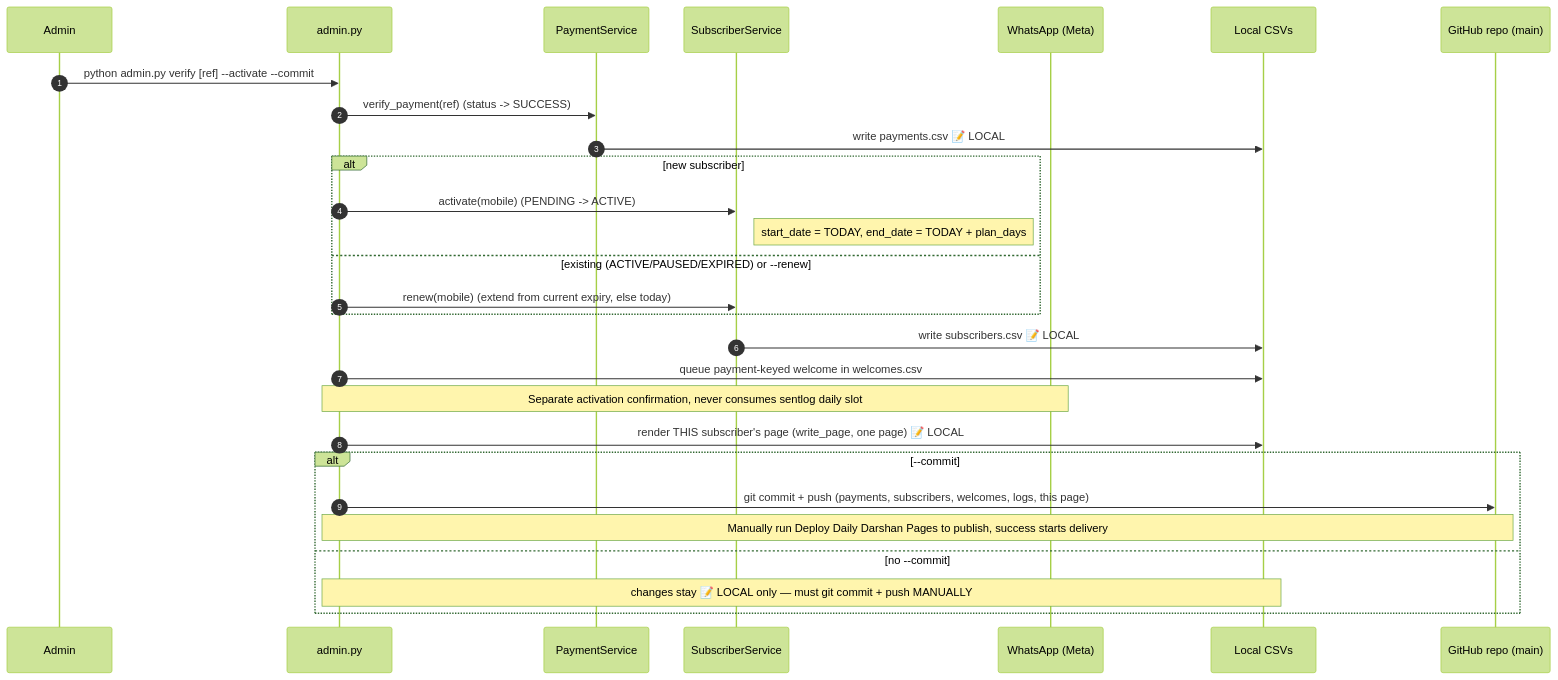
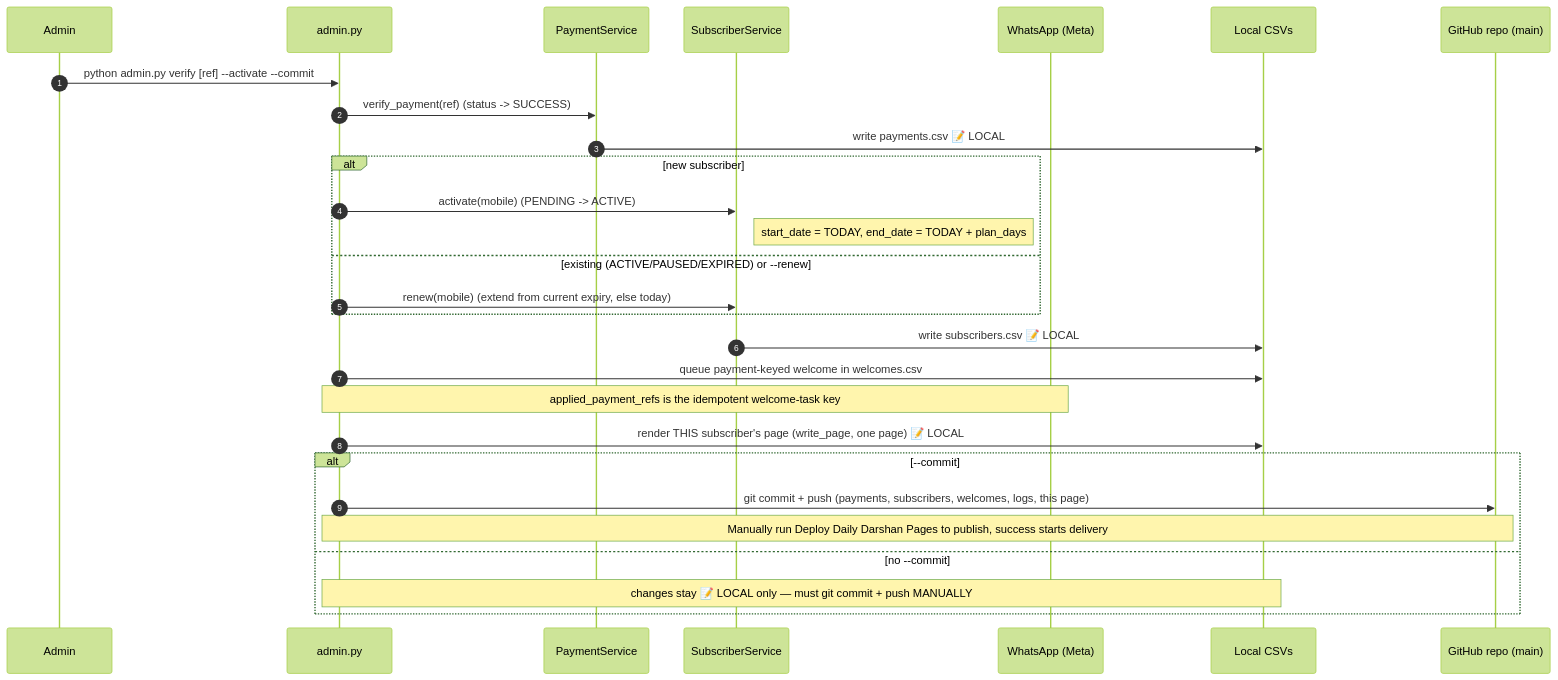
Before and after one commit to mishnit/daily-darshan: the seventh of 10 diagrams in sequence-diagrams.md, drawn with Mermaid (forest theme). The commit also changed other lines of this file and 6 other files, not shown here.

````diff
--- a/sequence-diagrams.md
+++ b/sequence-diagrams.md
@@ -332,31 +332,31 @@
 ```mermaid
 sequenceDiagram
     autonumber
     participant Admin
     participant CLI as admin.py
     participant Pay as PaymentService
     participant Sub as SubscriberService
     participant WA as WhatsApp (Meta)
     participant Local as Local CSVs
     participant Repo as GitHub repo (main)
 
     Admin->>CLI: python admin.py verify [ref] --activate --commit
     CLI->>Pay: verify_payment(ref)  (status -> SUCCESS)
     Pay->>Local: write payments.csv  📝 LOCAL
     alt new subscriber
         CLI->>Sub: activate(mobile)  (PENDING -> ACTIVE)
         Note right of Sub: start_date = TODAY, end_date = TODAY + plan_days
     else existing (ACTIVE/PAUSED/EXPIRED) or --renew
         CLI->>Sub: renew(mobile)  (extend from current expiry, else today)
     end
     Sub->>Local: write subscribers.csv  📝 LOCAL
     CLI->>Local: queue payment-keyed welcome in welcomes.csv
-    Note over CLI,WA: Separate activation confirmation, never consumes sentlog daily slot
+    Note over CLI,WA: applied_payment_refs is the idempotent welcome-task key
     CLI->>Local: render THIS subscriber's page (write_page, one page)  📝 LOCAL
     alt --commit
         CLI->>Repo: git commit + push (payments, subscribers, welcomes, logs, this page)
         Note over CLI,Repo: Manually run Deploy Daily Darshan Pages to publish, success starts delivery
     else no --commit
         Note over CLI,Local: changes stay 📝 LOCAL only — must git commit + push MANUALLY
     end
 ```
````
